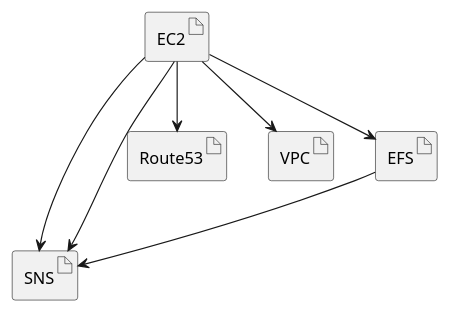
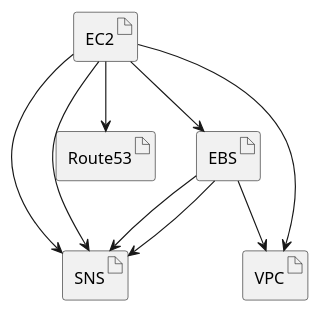
The diagram in README.org (bwolf/aws-jenkins), drawn with PlantUML before and after one commit. The commit also changed other lines of this file and 4 other files, not shown here.

First line of the commit message:
Use EBS instead of EFS

```diff
--- a/README.org
+++ b/README.org
@@ -24,13 +29,15 @@
 #+BEGIN_SRC plantuml :file deps.png :results silent
 artifact SNS
 artifact Route53
 artifact VPC
-artifact EFS
+artifact EBS
 artifact EC2
-EFS --> SNS
+EBS --> SNS
+EBS --> VPC
+EBS --> SNS
 EC2 --> SNS
-EC2 --> EFS
+EC2 --> EBS
 EC2 --> VPC
 EC2 --> Route53
 EC2 --> SNS
 #+END_SRC
```
